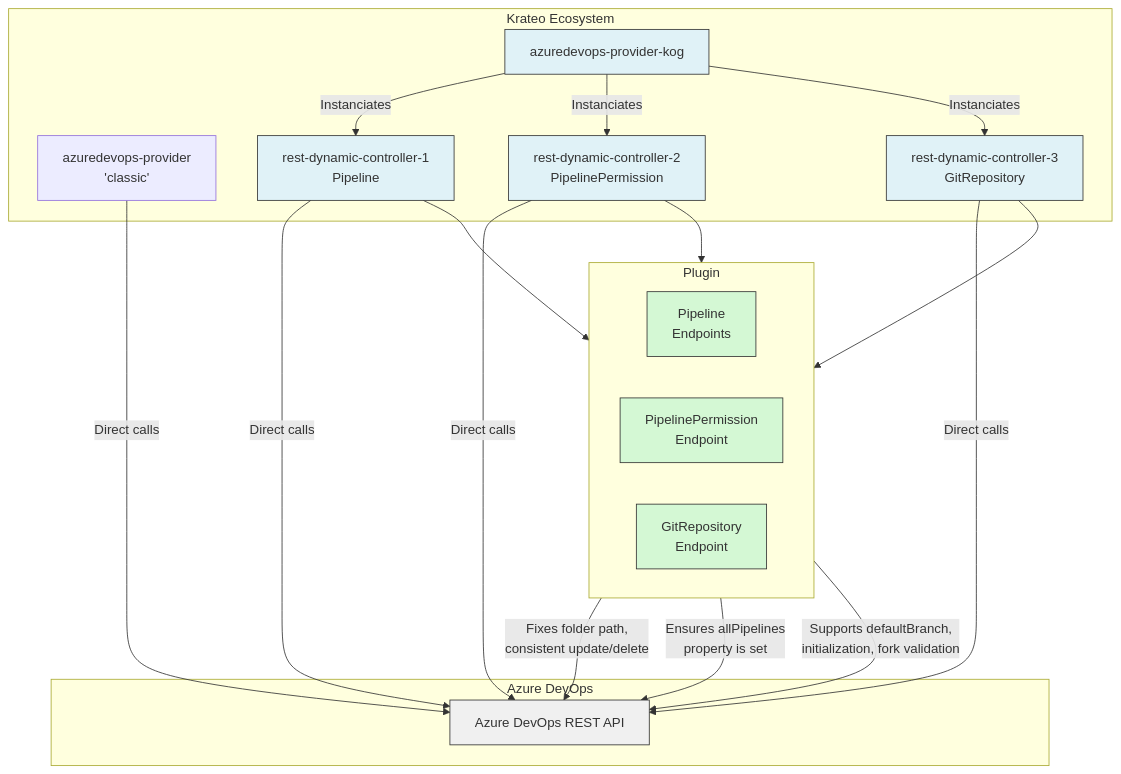
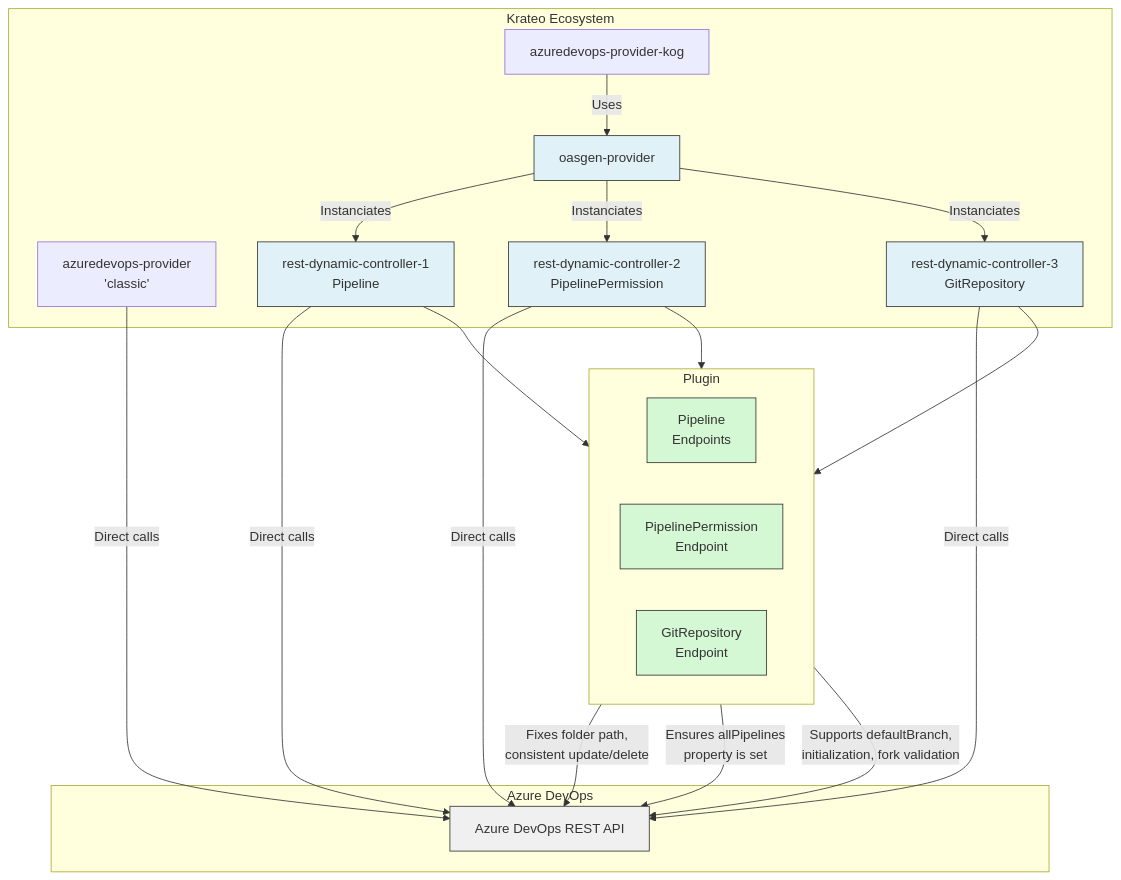
Before and after one commit to krateoplatformops/azuredevops-provider-kog-chart: the diagram in README.md, drawn with Mermaid. The commit also changed 16 other files, not shown here.

````diff
--- a/README.md
+++ b/README.md
@@ -43,55 +43,59 @@
 ```mermaid
 graph TD
     %% Define node order early to influence layout
 
     APC -- Direct calls --> ADO_API
+
+    APC_KOG -- Uses --> KOG
+
 
     KOG -- Instanciates --> RDC1
     KOG -- Instanciates --> RDC2
     KOG -- Instanciates --> RDC3
 
     
     RDC1 --> Pipeline
     RDC1 -- Direct calls --> ADO_API
 
     RDC2 --> PipelinePermission
     RDC2 -- Direct calls --> ADO_API
     
     
     RDC3 -- Direct calls --> ADO_API
     RDC3 --> GitRepository
 
     
     Pipeline -- "Fixes folder path,<br>consistent update/delete" --> ADO_API
     PipelinePermission -- "Ensures allPipelines<br>property is set" --> ADO_API
     GitRepository -- "Supports defaultBranch,<br>initialization, fork validation" --> ADO_API
 
     subgraph Krateo Ecosystem
         APC[azuredevops-provider <br> 'classic']
-        KOG[azuredevops-provider-kog]
+        APC_KOG[azuredevops-provider-kog]
+        KOG[oasgen-provider]
         RDC1[rest-dynamic-controller-1 <br> Pipeline]
         RDC2[rest-dynamic-controller-2 <br> PipelinePermission]
         RDC3[rest-dynamic-controller-3 <br> GitRepository]
     end
 
     subgraph "Plugin"
         direction LR
         Pipeline[Pipeline<br>Endpoints]
         PipelinePermission[PipelinePermission<br>Endpoint]
         GitRepository[GitRepository<br>Endpoint]
     end
 
     subgraph Azure DevOps
         ADO_API[Azure DevOps REST API]
     end
 
     %% Styling
     style RDC1 fill:#e0f2f7,stroke:#333,stroke-width:1px
     style RDC2 fill:#e0f2f7,stroke:#333,stroke-width:1px
     style RDC3 fill:#e0f2f7,stroke:#333,stroke-width:1px
     style KOG fill:#e0f2f7,stroke:#333,stroke-width:1px
     style ADO_API fill:#f0f0f0,stroke:#333,stroke-width:1px
     style Pipeline fill:#d4f8d4,stroke:#333,stroke-width:1px
     style PipelinePermission fill:#d4f8d4,stroke:#333,stroke-width:1px
     style GitRepository fill:#d4f8d4,stroke:#333,stroke-width:1px
 ```
````
